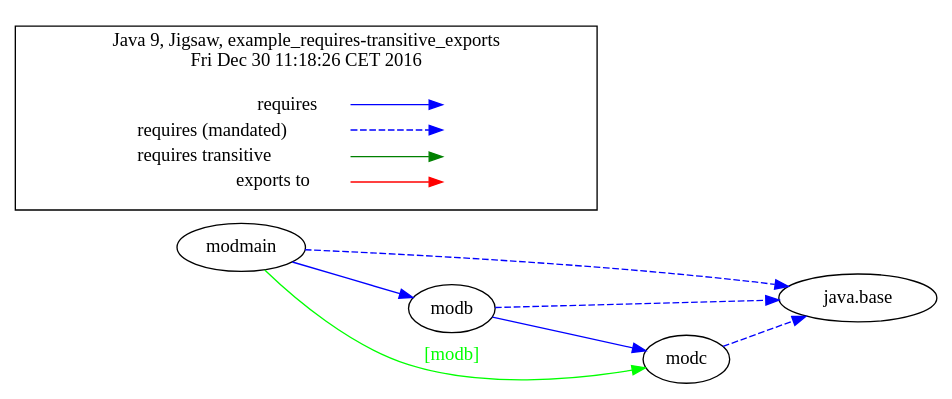
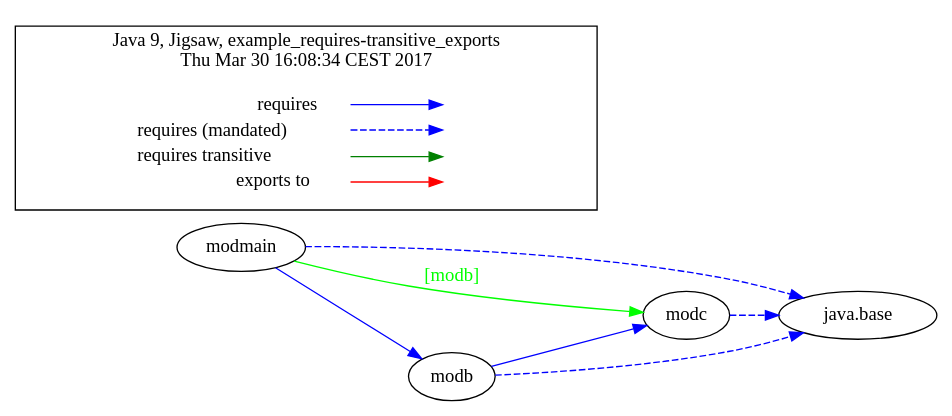
The diagram in jigsaw-examples/example_requires-transitive_exports/moduledependencies-withlegend.dot (accso/java9-jigsaw-examples), drawn with Graphviz before and after one commit. The commit also changed 112 other files, not shown here.

```diff
--- a/jigsaw-examples/example_requires-transitive_exports/moduledependencies-withlegend.dot
+++ b/jigsaw-examples/example_requires-transitive_exports/moduledependencies-withlegend.dot
@@ -1,36 +1,36 @@
-# Created by depvis.JigsawDepVisualizer on Fri Dec 30 11:18:26 CET 2016
+# Created by depvis.JigsawDepVisualizer on Thu Mar 30 16:08:34 CEST 2017
 digraph Java9_Dependency_Visualizer {
+modc[fontname="Consolas",shape="ellipse",label="modc"];
+java_base[fontname="Consolas",shape="ellipse",label="java.base"];
+modb[fontname="Consolas",shape="ellipse",label="modb"];
 modmain[fontname="Consolas",shape="ellipse",label="modmain"];
-modb[fontname="Consolas",shape="ellipse",label="modb"];
-java_base[fontname="Consolas",shape="ellipse",label="java.base"];
-modc[fontname="Consolas",shape="ellipse",label="modc"];
+modc -> java_base[color="#0000ff",fontname="Consolas",fontcolor="#0000ff",style="dashed",weight="16"]
+modb -> modc[color="#0000ff",fontname="Consolas",fontcolor="#0000ff",weight="8"]
+modb -> java_base[color="#0000ff",fontname="Consolas",fontcolor="#0000ff",style="dashed",weight="16"]
 modmain -> modb[color="#0000ff",fontname="Consolas",fontcolor="#0000ff",weight="8"]
 modmain -> java_base[color="#0000ff",fontname="Consolas",fontcolor="#0000ff",style="dashed",weight="16"]
 modmain -> modc[color="#00ff00",fontname="Consolas",fontcolor="#00ff00",weight="4",label="[modb]"]
-modc -> java_base[color="#0000ff",fontname="Consolas",fontcolor="#0000ff",style="dashed",weight="16"]
-modb -> modc[color="#0000ff",fontname="Consolas",fontcolor="#0000ff",weight="8"]
-modb -> java_base[color="#0000ff",fontname="Consolas",fontcolor="#0000ff",style="dashed",weight="16"]
 rankdir=LR
 node [shape=plaintext]
 subgraph cluster_01 { 
   label = "Java 9, Jigsaw, example_requires-transitive_exports
-Fri Dec 30 11:18:26 CET 2016"
+Thu Mar 30 16:08:34 CEST 2017"
   fontname="Consolas"
   key [label=<<table border="0" cellpadding="2" cellspacing="0" cellborder="0">
     <tr><td align="right" port="i1">requires</td></tr>
     <tr><td align="right" port="i2">requires (mandated)</td></tr>
     <tr><td align="right" port="i3">requires transitive</td></tr>
     <tr><td align="right" port="i4">exports to</td></tr>
     </table>>,fontname="Consolas"]
   key2 [label=<<table border="0" cellpadding="2" cellspacing="0" cellborder="0">
     <tr><td port="i1">&nbsp;</td></tr>
     <tr><td port="i2">&nbsp;</td></tr>
     <tr><td port="i3">&nbsp;</td></tr>
     <tr><td port="i4">&nbsp;</td></tr>
     </table>>,fontname="Consolas"]
   key:i1:e -> key2:i1:w [color=BLUE]
   key:i2:e -> key2:i2:w [color=BLUE, style=dashed]
   key:i3:e -> key2:i3:w [color=GREEN]
   key:i4:e -> key2:i4:w [color=RED]
 }
 }
```
